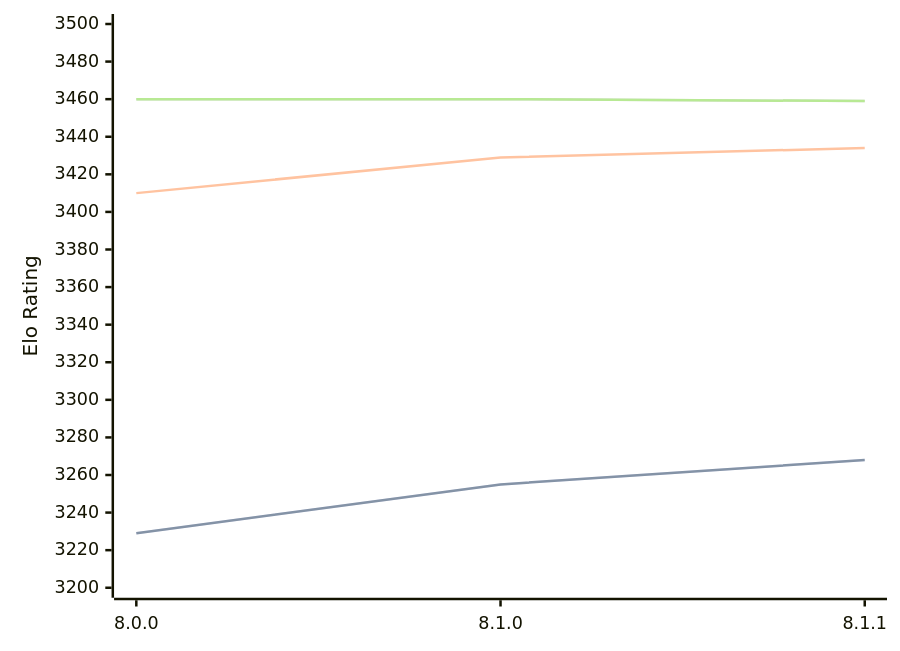
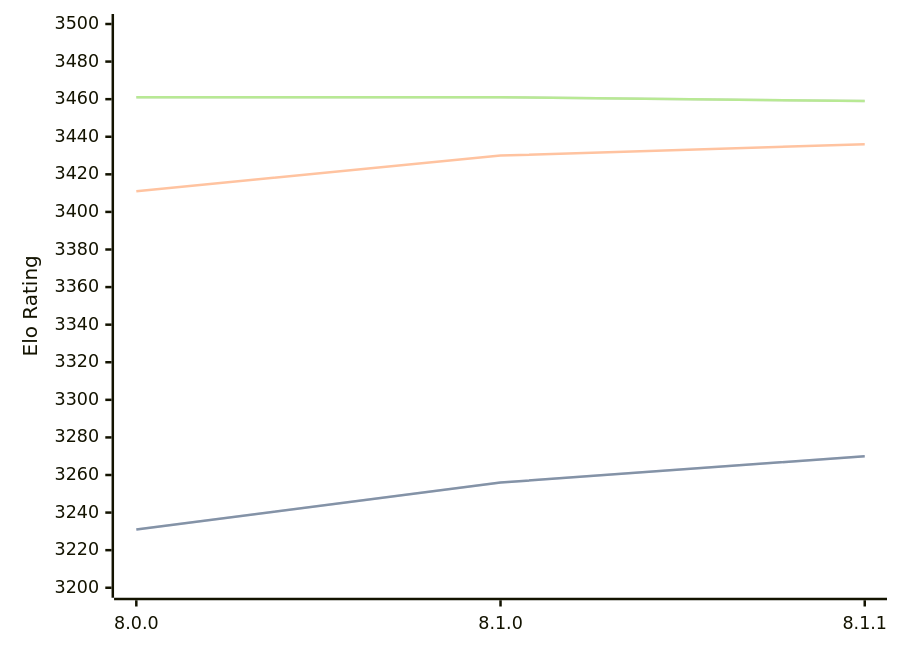
One commit to computer-chess-index/cci changed the diagram in engines/Velvet.md. Above: the diagram before and after it, drawn with Mermaid. The commit also changed other lines of this file, not shown here.

Commit message:
Update CCI Ratings (ELO VLTC) - 2026-07-25

````diff
--- a/engines/Velvet.md
+++ b/engines/Velvet.md
@@ -57,11 +57,11 @@
 ```mermaid
 %%{init: {"theme":"base","themeVariables":{"seriesColors:['#a3a3a3','#222221','#faa371']}}}%%
 xychart-beta
   x-axis ["8.0.0", "8.1.0", "8.1.1"]
   y-axis "Elo Rating" 3200 --> 3500
-  line "STC (8.0+0.08s)" [3229, 3255, 3268]
-  line "STC (8.0+0.08s)" [3229, 3255, 3268]
-  line "LTC (60.0+0.60s)" [3410, 3429, 3434]
-  line "VLTC (2m24s+1.12s)" [3460, 3460, 3459]
-  line "VLTC (2m24s+1.12s)" [3460, 3460, 3459]
+  line "STC (8.0+0.08s)" [3231, 3256, 3270]
+  line "STC (8.0+0.08s)" [3231, 3256, 3270]
+  line "LTC (60.0+0.60s)" [3411, 3430, 3436]
+  line "VLTC (2m24s+1.12s)" [3461, 3461, 3459]
+  line "VLTC (2m24s+1.12s)" [3461, 3461, 3459]
 ```
````
